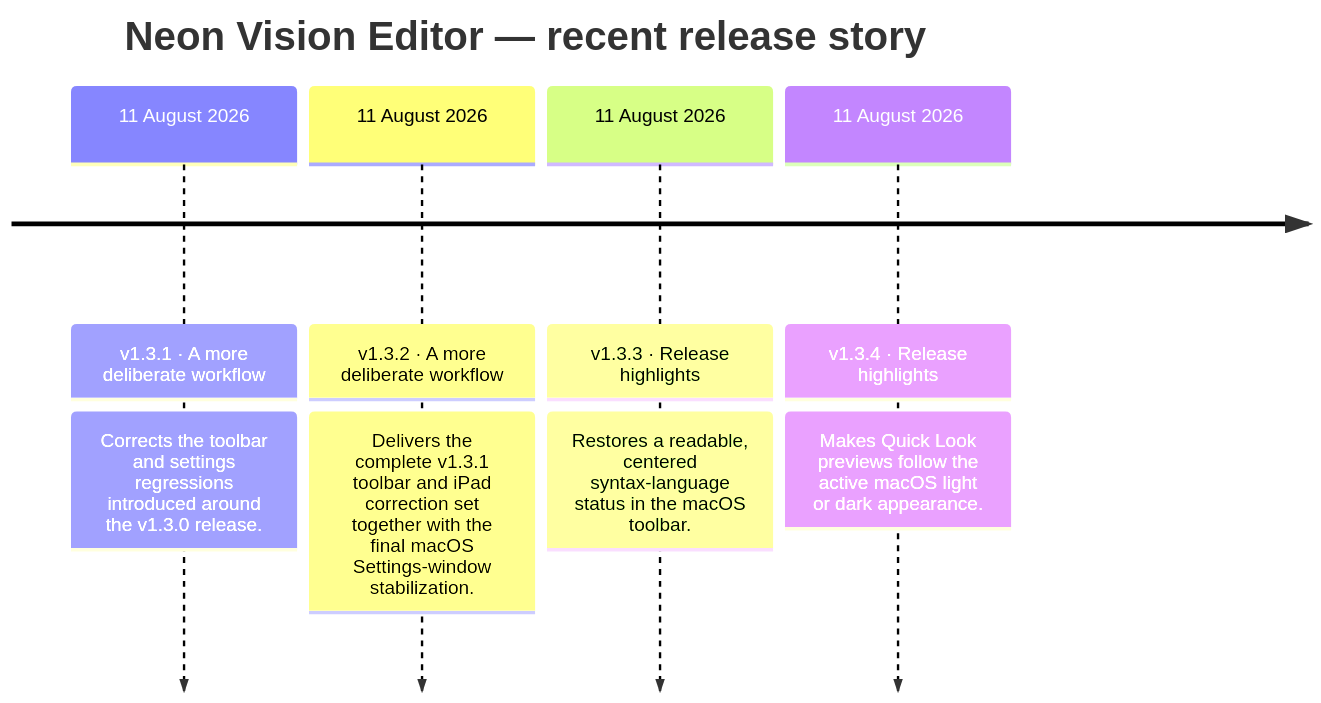
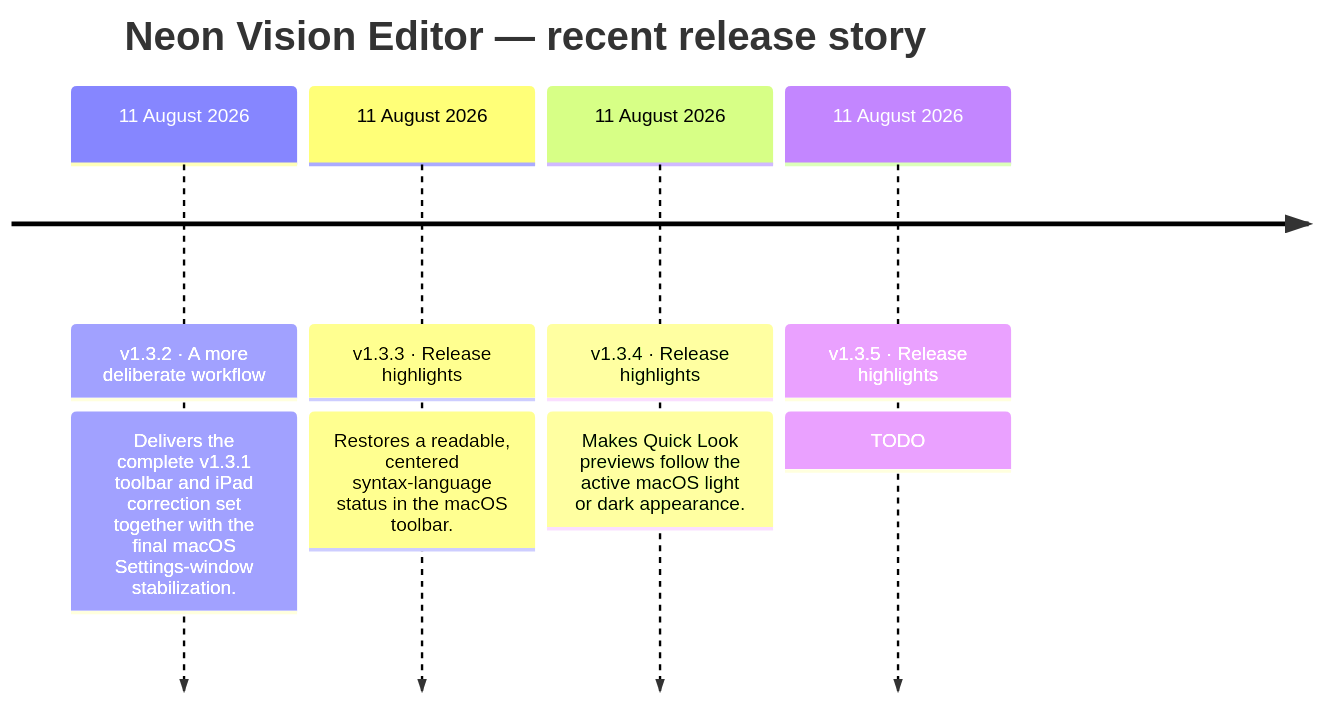
Before and after one commit to h3pdesign/Neon-Vision-Editor: the second of 2 diagrams in README.md, drawn with Mermaid. The commit also changed other lines of this file and 10 other files, not shown here.

````diff
--- a/README.md
+++ b/README.md
@@ -770,12 +769,12 @@
 ```mermaid
 timeline
     title Neon Vision Editor — recent release story
-    11 August 2026 : v1.3.1 · A more deliberate workflow
-                : Corrects the toolbar and settings regressions introduced around the v1.3.0 release.
     11 August 2026 : v1.3.2 · A more deliberate workflow
                 : Delivers the complete v1.3.1 toolbar and iPad correction set together with the final macOS Settings-window stabilization.
     11 August 2026 : v1.3.3 · Release highlights
                 : Restores a readable, centered syntax-language status in the macOS toolbar.
     11 August 2026 : v1.3.4 · Release highlights
                 : Makes Quick Look previews follow the active macOS light or dark appearance.
+    11 August 2026 : v1.3.5 · Release highlights
+                : TODO
 ```
````
